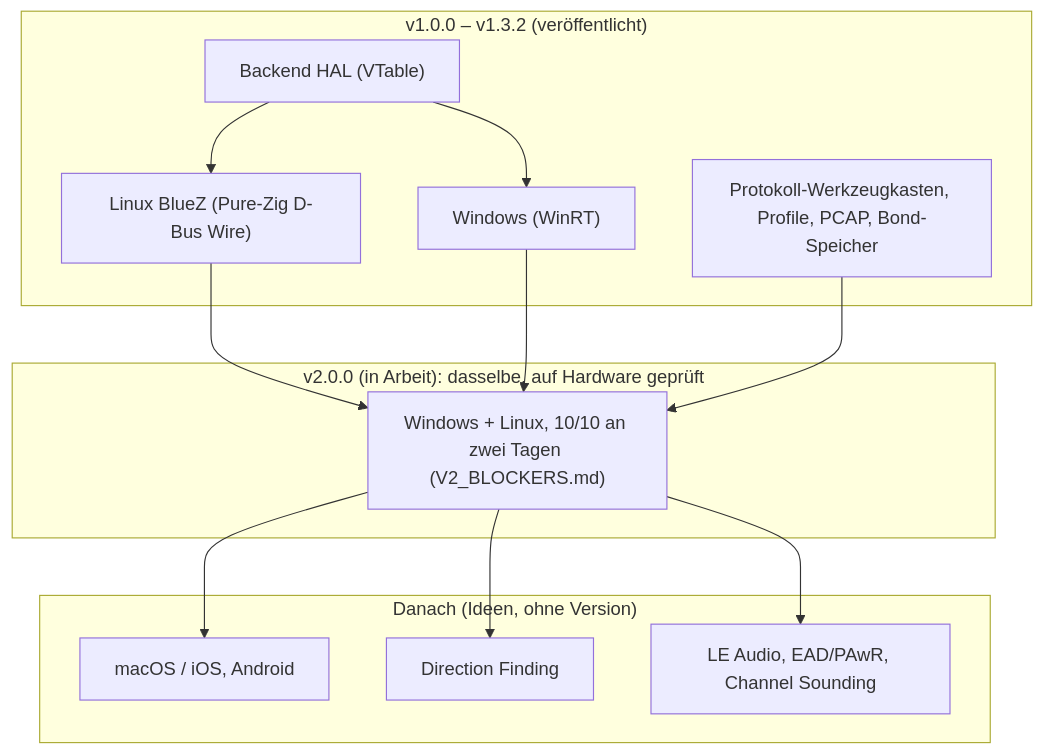
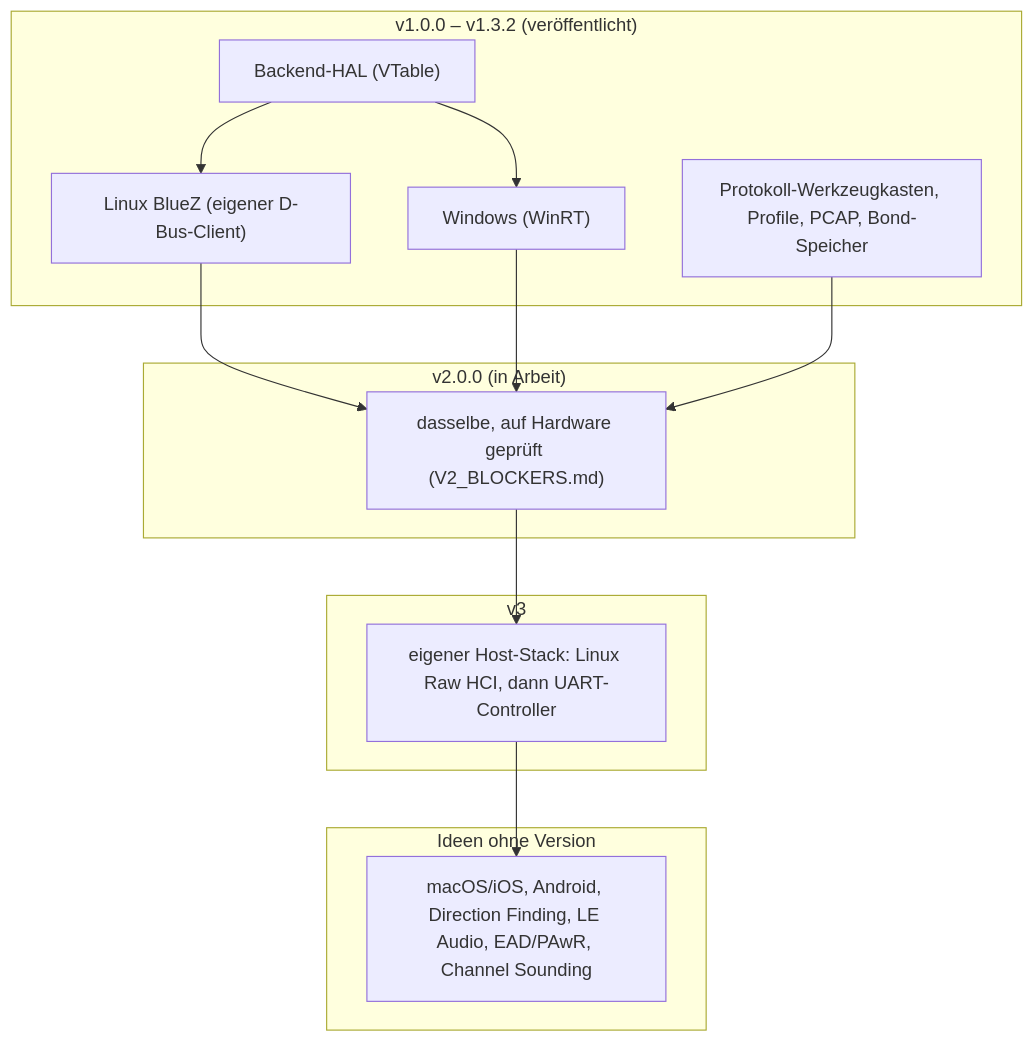
Before and after one commit to AritoUser/Zig-BLE: the diagram in docs/BLE_ROADMAP_AND_EXTENSIONS.md, drawn with Mermaid. The commit also changed other lines of this file and 10 other files, not shown here.

````diff
--- a/docs/BLE_ROADMAP_AND_EXTENSIONS.md
+++ b/docs/BLE_ROADMAP_AND_EXTENSIONS.md
@@ -58,28 +40,29 @@
 ```mermaid
 graph TD
     subgraph "v1.0.0 – v1.3.2 (veröffentlicht)"
-        HAL["Backend HAL (VTable)"]
-        Linux["Linux BlueZ (Pure-Zig D-Bus Wire)"]
+        HAL["Backend-HAL (VTable)"]
+        Linux["Linux BlueZ (eigener D-Bus-Client)"]
         Win["Windows (WinRT)"]
         Toolkit["Protokoll-Werkzeugkasten, Profile, PCAP, Bond-Speicher"]
     end
 
-    subgraph "v2.0.0 (in Arbeit): dasselbe, auf Hardware geprüft"
-        HW["Windows + Linux, 10/10 an zwei Tagen (V2_BLOCKERS.md)"]
+    subgraph "v2.0.0 (in Arbeit)"
+        HW["dasselbe, auf Hardware geprüft (V2_BLOCKERS.md)"]
     end
 
-    subgraph "Danach (Ideen, ohne Version)"
-        Mac["macOS / iOS, Android"]
-        DF["Direction Finding"]
-        Audio["LE Audio, EAD/PAwR, Channel Sounding"]
+    subgraph "v3"
+        Stack["eigener Host-Stack: Linux Raw HCI, dann UART-Controller"]
+    end
+
+    subgraph "Ideen ohne Version"
+        Ideas["macOS/iOS, Android, Direction Finding, LE Audio, EAD/PAwR, Channel Sounding"]
     end
 
     HAL --> Linux
     HAL --> Win
     Linux --> HW
     Win --> HW
     Toolkit --> HW
-    HW --> Mac
-    HW --> DF
-    HW --> Audio
+    HW --> Stack
+    Stack --> Ideas
 ```
````
